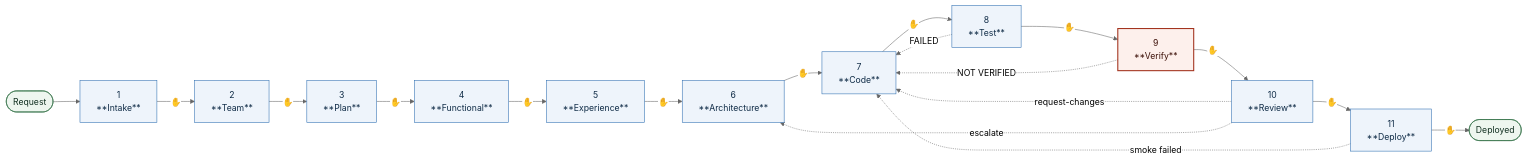
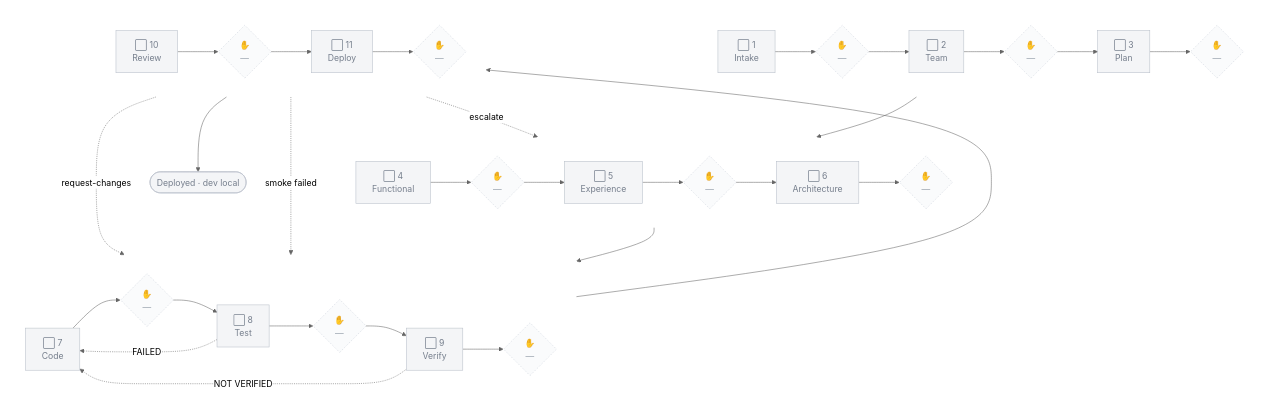
Before and after one commit to tandonakhil/AICluadeCode: the diagram in admin/PIPELINE.md, drawn with Mermaid (neutral theme). The commit also changed other lines of this file and 5 other files, not shown here.

First line of the commit message:
Graph: wrap at 7 boxes, human checkpoints as activated steps, mandatory control

````diff
--- a/admin/PIPELINE.md
+++ b/admin/PIPELINE.md
@@ -25,33 +33,43 @@
 ```mermaid
-flowchart LR
-  REQ([Request]) --> G1
-
-  G1["1<br/>**Intake**"]
-  G2["2<br/>**Team**"]
-  G3["3<br/>**Plan**"]
-  G4["4<br/>**Functional**"]
-  G5["5<br/>**Experience**"]
-  G6["6<br/>**Architecture**"]
-  G7["7<br/>**Code**"]
-  G8["8<br/>**Test**"]
-  G9["9<br/>**Verify**"]
-  G10["10<br/>**Review**"]
-  G11["11<br/>**Deploy**"]
-  DONE([Deployed])
-
-  G1 -->|✋| G2 -->|✋| G3 -->|✋| G4 -->|✋| G5 -->|✋| G6 -->|✋| G7
-  G7 -->|✋| G8 -->|✋| G9 -->|✋| G10 -->|✋| G11 -->|✋| DONE
-
-  G8  -.->|FAILED| G7
-  G9  -.->|NOT VERIFIED| G7
+flowchart TB
+  subgraph r1 [" "]
+    direction LR
+    G1["⬜ 1<br/>Intake"] --> H1{"✋<br/>—"} --> G2["⬜ 2<br/>Team"] --> H2{"✋<br/>—"} --> G3["⬜ 3<br/>Plan"] --> H3{"✋<br/>—"}
+  end
+  subgraph r2 [" "]
+    direction LR
+    G4["⬜ 4<br/>Functional"] --> H4{"✋<br/>—"} --> G5["⬜ 5<br/>Experience"] --> H5{"✋<br/>—"} --> G6["⬜ 6<br/>Architecture"] --> H6{"✋<br/>—"}
+  end
+  subgraph r3 [" "]
+    direction LR
+    G7["⬜ 7<br/>Code"] --> H7{"✋<br/>—"} --> G8["⬜ 8<br/>Test"] --> H8{"✋<br/>—"} --> G9["⬜ 9<br/>Verify"] --> H9{"✋<br/>—"}
+  end
+  subgraph r4 [" "]
+    direction LR
+    G10["⬜ 10<br/>Review"] --> H10{"✋<br/>—"} --> G11["⬜ 11<br/>Deploy"] --> H11{"✋<br/>—"}
+  end
+  H3 --> G4
+  H6 --> G7
+  H9 --> G10
+  H11 --> DONE(["Deployed · dev local"])
+  G8 -.->|FAILED| G7
+  G9 -.->|NOT VERIFIED| G7
   G10 -.->|request-changes| G7
   G10 -.->|escalate| G6
   G11 -.->|smoke failed| G7
-
-  classDef gate fill:#eef4fb,stroke:#2b6cb0,stroke-width:1px,color:#0f2b46
-  classDef block fill:#fdf0ec,stroke:#a3341f,stroke-width:2px,color:#3d1109
-  classDef term fill:#eef6ef,stroke:#2f6f43,color:#123021
-  class G1,G2,G3,G4,G5,G6,G7,G8,G10,G11 gate
-  class G9 block
-  class REQ,DONE term
+  classDef done    fill:#eef6ef,stroke:#2f6f43,color:#123021
+  classDef active  fill:#fff8e6,stroke:#8a6410,stroke-width:2px,color:#3d2c04
+  classDef looped  fill:#fdf0ec,stroke:#a3341f,stroke-width:2px,color:#3d1109
+  classDef warn    fill:#fff8e6,stroke:#8a6410,stroke-width:2px,color:#3d2c04
+  classDef pending fill:#f4f5f7,stroke:#b8bfc9,color:#767f8d
+  classDef skipped fill:#f4f5f7,stroke:#b8bfc9,color:#767f8d,stroke-dasharray:4 3
+  classDef hdone   fill:#dcefe2,stroke:#2f6f43,color:#123021
+  classDef hwait   fill:#ffe9a8,stroke:#8a6410,stroke-width:4px,color:#3d2c04
+  classDef hpend   fill:#fafbfc,stroke:#cfd5dd,color:#98a1ad,stroke-dasharray:3 3
+  classDef hskip   fill:#fafbfc,stroke:#cfd5dd,color:#98a1ad,stroke-dasharray:3 3
+  classDef hnone   fill:#f8ded7,stroke:#a3341f,stroke-width:3px,color:#3d1109
+  classDef rowbox  fill:none,stroke:none
+  class G1,G2,G3,G4,G5,G6,G7,G8,G9,G10,G11,DONE pending
+  class H1,H2,H3,H4,H5,H6,H7,H8,H9,H10,H11 hpend
+  class r1,r2,r3,r4 rowbox
 ```
````
